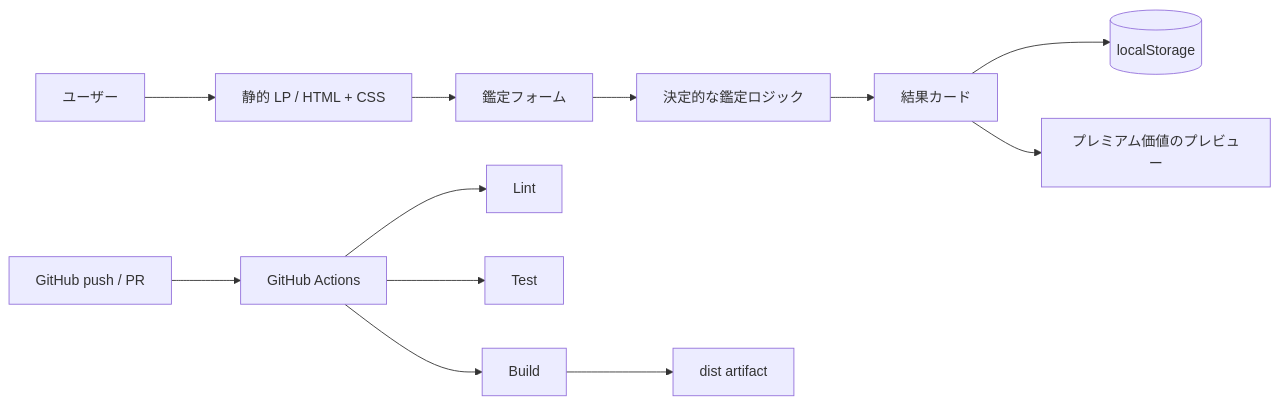
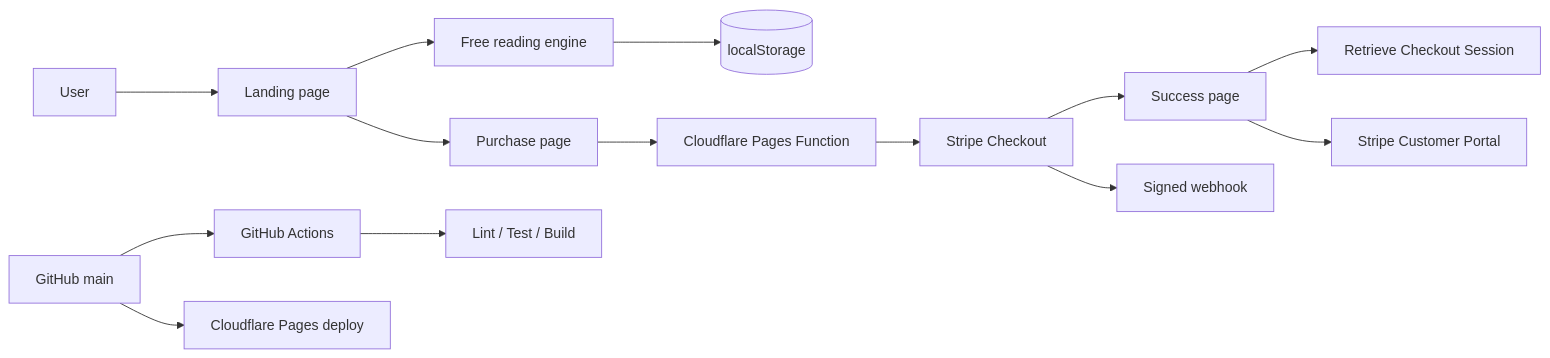
One commit to univcorp2-ctrl/lumina-fortune-landing changed the diagram in README.template.md. Above: the diagram before and after it, drawn with Mermaid. The commit also changed other lines of this file, not shown here.

Commit message:
docs: document Stripe Checkout architecture

````diff
--- a/README.template.md
+++ b/README.template.md
@@ -43,14 +66,16 @@
 ```mermaid
 flowchart LR
-    U[ユーザー] --> LP[静的 LP / HTML + CSS]
-    LP --> UI[鑑定フォーム]
-    UI --> F[決定的な鑑定ロジック]
-    F --> R[結果カード]
-    R --> LS[(localStorage)]
-    R --> P[プレミアム価値のプレビュー]
-    GH[GitHub push / PR] --> CI[GitHub Actions]
-    CI --> L[Lint]
-    CI --> T[Test]
-    CI --> B[Build]
-    B --> A[dist artifact]
+    U[User] --> LP[Landing page]
+    LP --> F[Free reading engine]
+    F --> LS[(localStorage)]
+    LP --> P[Purchase page]
+    P --> CF[Cloudflare Pages Function]
+    CF --> SC[Stripe Checkout]
+    SC --> S[Success page]
+    SC --> W[Signed webhook]
+    S --> R[Retrieve Checkout Session]
+    S --> CP[Stripe Customer Portal]
+    GH[GitHub main] --> CI[GitHub Actions]
+    CI --> TEST[Lint / Test / Build]
+    GH --> DEPLOY[Cloudflare Pages deploy]
 ```
````
